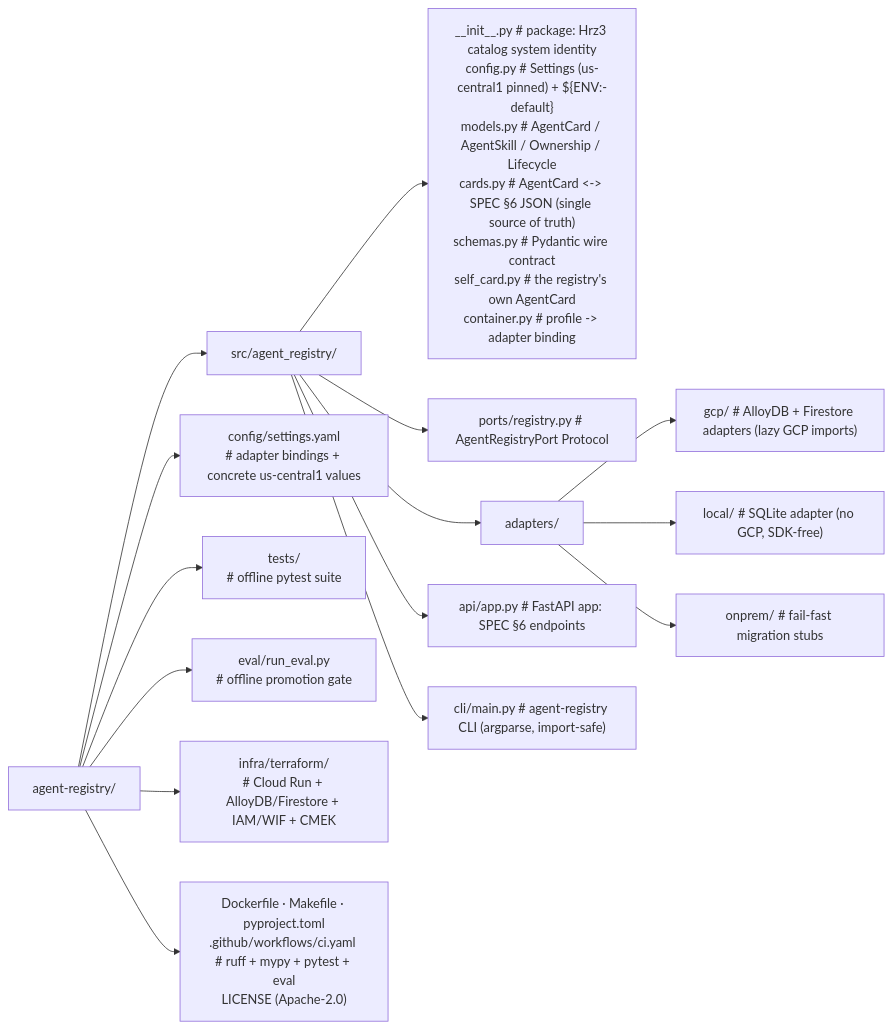
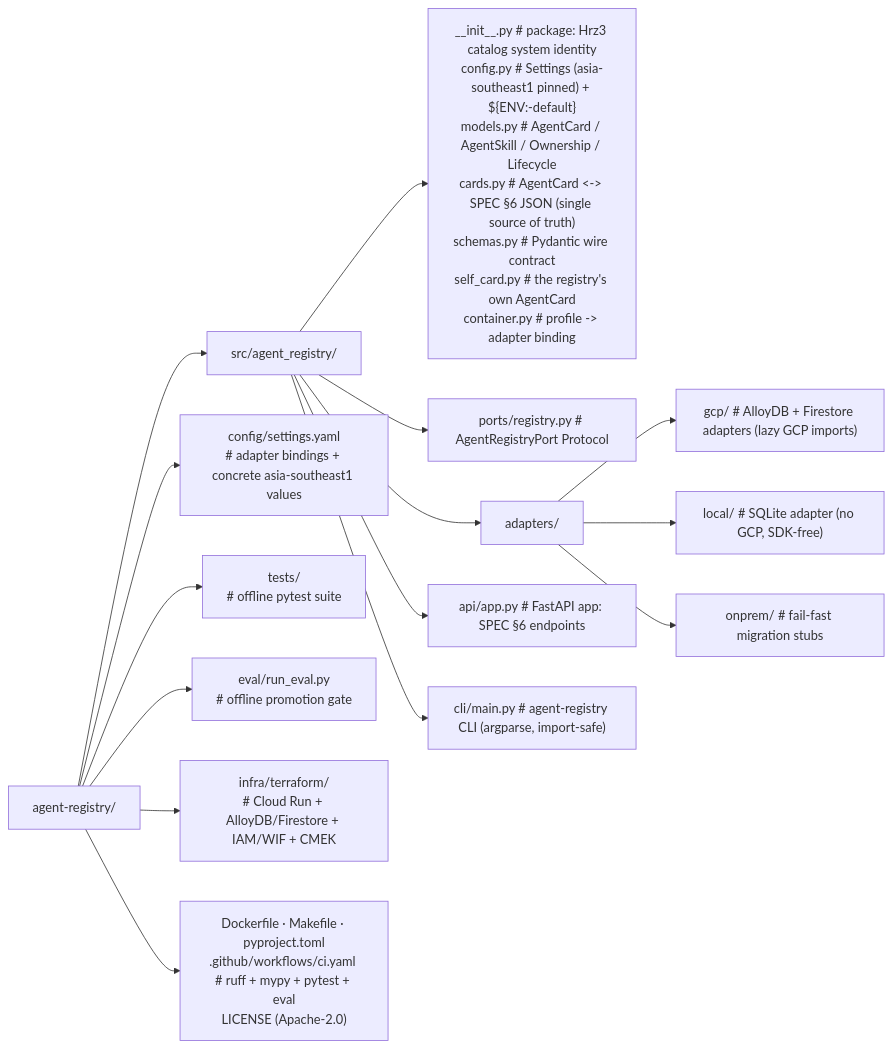
Before and after one commit to portable-genai/agent-registry: the second of 2 diagrams in README.md, drawn with Mermaid. The commit also changed other lines of this file and 13 other files, not shown here.

````diff
--- a/README.md
+++ b/README.md
@@ -407,20 +407,20 @@
 ```mermaid
 flowchart LR
   root["agent-registry/"]
   root --> src["src/agent_registry/"]
-  root --> cfg["config/settings.yaml<br/># adapter bindings + concrete us-central1 values"]
+  root --> cfg["config/settings.yaml<br/># adapter bindings + concrete asia-southeast1 values"]
   root --> tests["tests/<br/># offline pytest suite"]
   root --> evald["eval/run_eval.py<br/># offline promotion gate"]
   root --> infra["infra/terraform/<br/># Cloud Run + AlloyDB/Firestore + IAM/WIF + CMEK"]
   root --> meta["Dockerfile · Makefile · pyproject.toml<br/>.github/workflows/ci.yaml # ruff + mypy + pytest + eval<br/>LICENSE (Apache-2.0)"]
 
-  src --> srcfiles["__init__.py # package: Hrz3 catalog system identity<br/>config.py # Settings (us-central1 pinned) + ${ENV:-default}<br/>models.py # AgentCard / AgentSkill / Ownership / Lifecycle<br/>cards.py # AgentCard &lt;-&gt; SPEC §6 JSON (single source of truth)<br/>schemas.py # Pydantic wire contract<br/>self_card.py # the registry's own AgentCard<br/>container.py # profile -&gt; adapter binding"]
+  src --> srcfiles["__init__.py # package: Hrz3 catalog system identity<br/>config.py # Settings (asia-southeast1 pinned) + ${ENV:-default}<br/>models.py # AgentCard / AgentSkill / Ownership / Lifecycle<br/>cards.py # AgentCard &lt;-&gt; SPEC §6 JSON (single source of truth)<br/>schemas.py # Pydantic wire contract<br/>self_card.py # the registry's own AgentCard<br/>container.py # profile -&gt; adapter binding"]
   src --> ports["ports/registry.py # AgentRegistryPort Protocol"]
   src --> adapters["adapters/"]
   src --> apiapp["api/app.py # FastAPI app: SPEC §6 endpoints"]
   src --> clipkg["cli/main.py # agent-registry CLI (argparse, import-safe)"]
 
   adapters --> gcp["gcp/ # AlloyDB + Firestore adapters (lazy GCP imports)"]
   adapters --> local["local/ # SQLite adapter (no GCP, SDK-free)"]
   adapters --> onprem["onprem/ # fail-fast migration stubs"]
 ```
````
